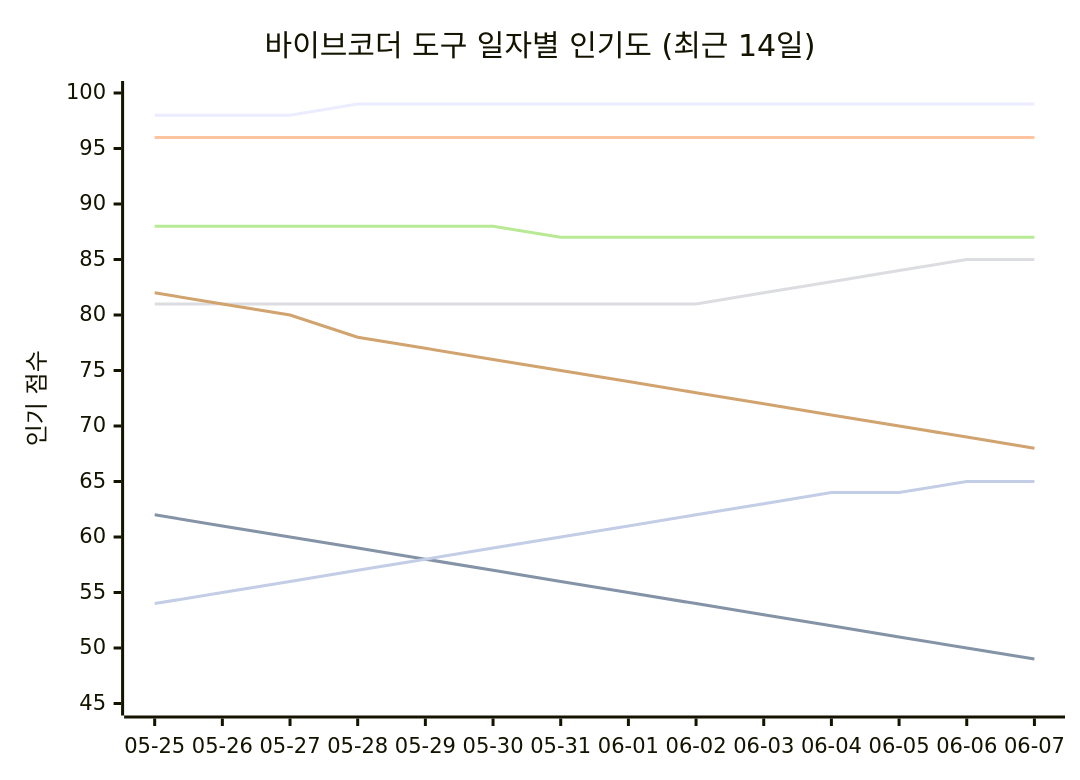
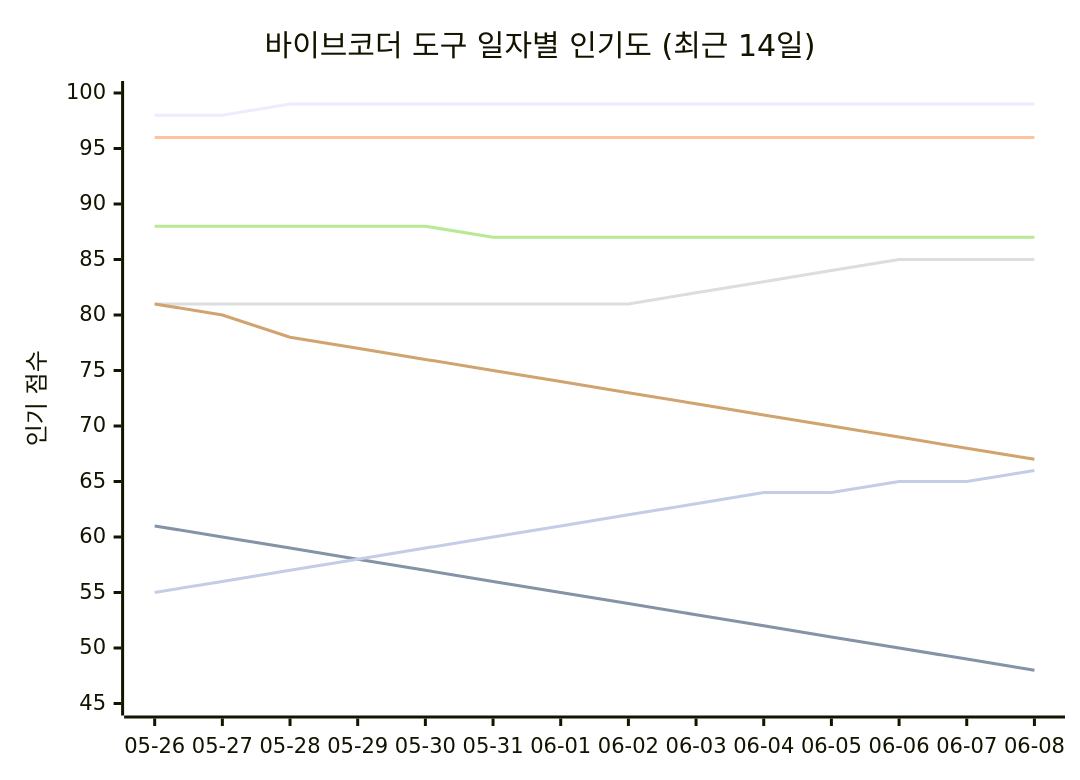
Before and after one commit to tykimos/ai-whatchelin: the seventh of 11 diagrams in README_ko.md, drawn with Mermaid. The commit also changed other lines of this file and 4 other files, not shown here.

````diff
--- a/README_ko.md
+++ b/README_ko.md
@@ -1416,13 +1435,13 @@
 ```mermaid
 xychart-beta
     title "바이브코더 도구 일자별 인기도 (최근 14일)"
-    x-axis ["05-25", "05-26", "05-27", "05-28", "05-29", "05-30", "05-31", "06-01", "06-02", "06-03", "06-04", "06-05", "06-06", "06-07"]
+    x-axis ["05-26", "05-27", "05-28", "05-29", "05-30", "05-31", "06-01", "06-02", "06-03", "06-04", "06-05", "06-06", "06-07", "06-08"]
     y-axis "인기 점수" 45 --> 100
-    line "Claude Code" [98, 98, 98, 99, 99, 99, 99, 99, 99, 99, 99, 99, 99, 99]
-    line "GH Copilot" [62, 61, 60, 59, 58, 57, 56, 55, 54, 53, 52, 51, 50, 49]
+    line "Claude Code" [98, 98, 99, 99, 99, 99, 99, 99, 99, 99, 99, 99, 99, 99]
+    line "GH Copilot" [61, 60, 59, 58, 57, 56, 55, 54, 53, 52, 51, 50, 49, 48]
     line "Cursor" [96, 96, 96, 96, 96, 96, 96, 96, 96, 96, 96, 96, 96, 96]
-    line "Windsurf" [81, 81, 81, 81, 81, 81, 81, 81, 81, 82, 83, 84, 85, 85]
-    line "Codex CLI" [88, 88, 88, 88, 88, 88, 87, 87, 87, 87, 87, 87, 87, 87]
-    line "Gemini CLI" [82, 81, 80, 78, 77, 76, 75, 74, 73, 72, 71, 70, 69, 68]
-    line "Antigravity" [54, 55, 56, 57, 58, 59, 60, 61, 62, 63, 64, 64, 65, 65]
+    line "Windsurf" [81, 81, 81, 81, 81, 81, 81, 81, 82, 83, 84, 85, 85, 85]
+    line "Codex CLI" [88, 88, 88, 88, 88, 87, 87, 87, 87, 87, 87, 87, 87, 87]
+    line "Gemini CLI" [81, 80, 78, 77, 76, 75, 74, 73, 72, 71, 70, 69, 68, 67]
+    line "Antigravity" [55, 56, 57, 58, 59, 60, 61, 62, 63, 64, 64, 65, 65, 66]
 ```
````
